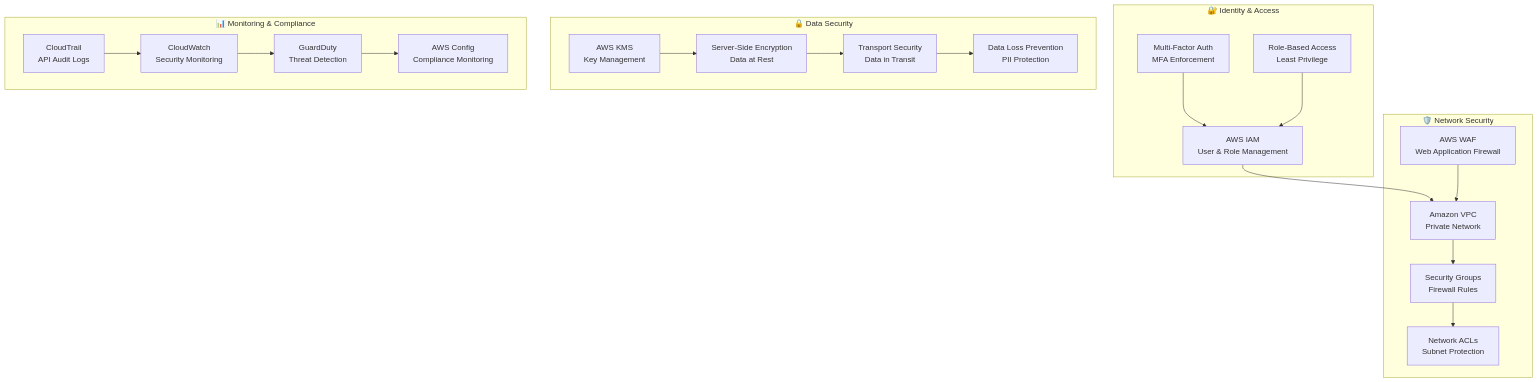
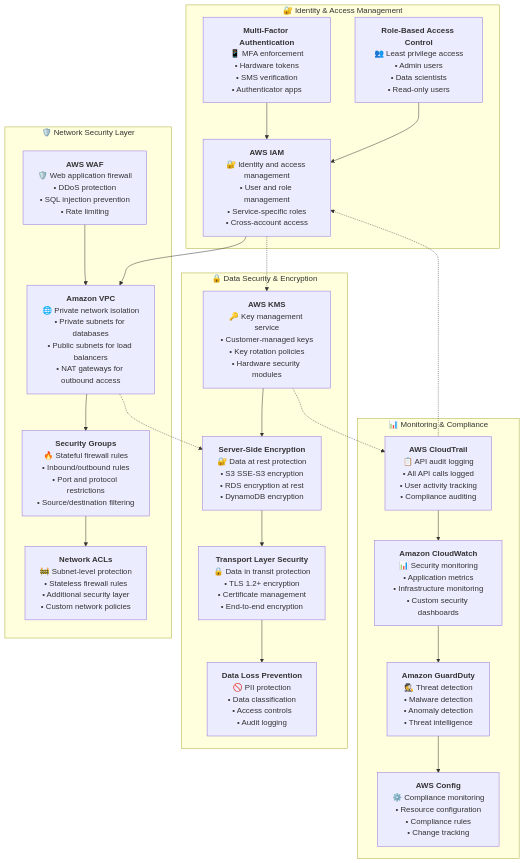
One commit to moeinghaeini/HateSpeechDetection changed the third of 6 diagrams in Visual_Architecture_Diagram.md. Above: the diagram before and after it, drawn with Mermaid. The commit also changed other lines of this file, not shown here.

````diff
--- a/Visual_Architecture_Diagram.md
+++ b/Visual_Architecture_Diagram.md
@@ -172,32 +317,93 @@
 ```mermaid
 graph TB
-    subgraph "🔐 Identity & Access"
-        A1[AWS IAM<br/>User & Role Management]
-        A2[Multi-Factor Auth<br/>MFA Enforcement]
-        A3[Role-Based Access<br/>Least Privilege]
+    subgraph "🔐 Identity & Access Management"
+        A1["`**AWS IAM**
+        🔐 Identity and access management
+        • User and role management
+        • Service-specific roles
+        • Cross-account access`"]
+        A2["`**Multi-Factor Authentication**
+        📱 MFA enforcement
+        • Hardware tokens
+        • SMS verification
+        • Authenticator apps`"]
+        A3["`**Role-Based Access Control**
+        👥 Least privilege access
+        • Admin users
+        • Data scientists
+        • Read-only users`"]
     end
     
-    subgraph "🛡️ Network Security"
-        B1[Amazon VPC<br/>Private Network]
-        B2[Security Groups<br/>Firewall Rules]
-        B3[Network ACLs<br/>Subnet Protection]
-        B4[AWS WAF<br/>Web Application Firewall]
+    subgraph "🛡️ Network Security Layer"
+        B1["`**Amazon VPC**
+        🌐 Private network isolation
+        • Private subnets for databases
+        • Public subnets for load balancers
+        • NAT gateways for outbound access`"]
+        B2["`**Security Groups**
+        🔥 Stateful firewall rules
+        • Inbound/outbound rules
+        • Port and protocol restrictions
+        • Source/destination filtering`"]
+        B3["`**Network ACLs**
+        🚧 Subnet-level protection
+        • Stateless firewall rules
+        • Additional security layer
+        • Custom network policies`"]
+        B4["`**AWS WAF**
+        🛡️ Web application firewall
+        • DDoS protection
+        • SQL injection prevention
+        • Rate limiting`"]
     end
     
-    subgraph "🔒 Data Security"
-        C1[AWS KMS<br/>Key Management]
-        C2[Server-Side Encryption<br/>Data at Rest]
-        C3[Transport Security<br/>Data in Transit]
-        C4[Data Loss Prevention<br/>PII Protection]
+    subgraph "🔒 Data Security & Encryption"
+        C1["`**AWS KMS**
+        🔑 Key management service
+        • Customer-managed keys
+        • Key rotation policies
+        • Hardware security modules`"]
+        C2["`**Server-Side Encryption**
+        🔐 Data at rest protection
+        • S3 SSE-S3 encryption
+        • RDS encryption at rest
+        • DynamoDB encryption`"]
+        C3["`**Transport Layer Security**
+        🔒 Data in transit protection
+        • TLS 1.2+ encryption
+        • Certificate management
+        • End-to-end encryption`"]
+        C4["`**Data Loss Prevention**
+        🚫 PII protection
+        • Data classification
+        • Access controls
+        • Audit logging`"]
     end
     
     subgraph "📊 Monitoring & Compliance"
-        D1[CloudTrail<br/>API Audit Logs]
-        D2[CloudWatch<br/>Security Monitoring]
-        D3[GuardDuty<br/>Threat Detection]
-        D4[AWS Config<br/>Compliance Monitoring]
+        D1["`**AWS CloudTrail**
+        📋 API audit logging
+        • All API calls logged
+        • User activity tracking
+        • Compliance auditing`"]
+        D2["`**Amazon CloudWatch**
+        📊 Security monitoring
+        • Application metrics
+        • Infrastructure monitoring
+        • Custom security dashboards`"]
+        D3["`**Amazon GuardDuty**
+        🕵️ Threat detection
+        • Malware detection
+        • Anomaly detection
+        • Threat intelligence`"]
+        D4["`**AWS Config**
+        ⚙️ Compliance monitoring
+        • Resource configuration
+        • Compliance rules
+        • Change tracking`"]
     end
     
+    %% Security flow connections
     A1 --> B1
     A2 --> A1
     A3 --> A1
@@ -213,4 +419,10 @@
     D1 --> D2
     D2 --> D3
     D3 --> D4
+    
+    %% Cross-layer security connections
+    A1 -.-> C1
+    B1 -.-> C2
+    C1 -.-> D1
+    D1 -.-> A1
 ```
````
